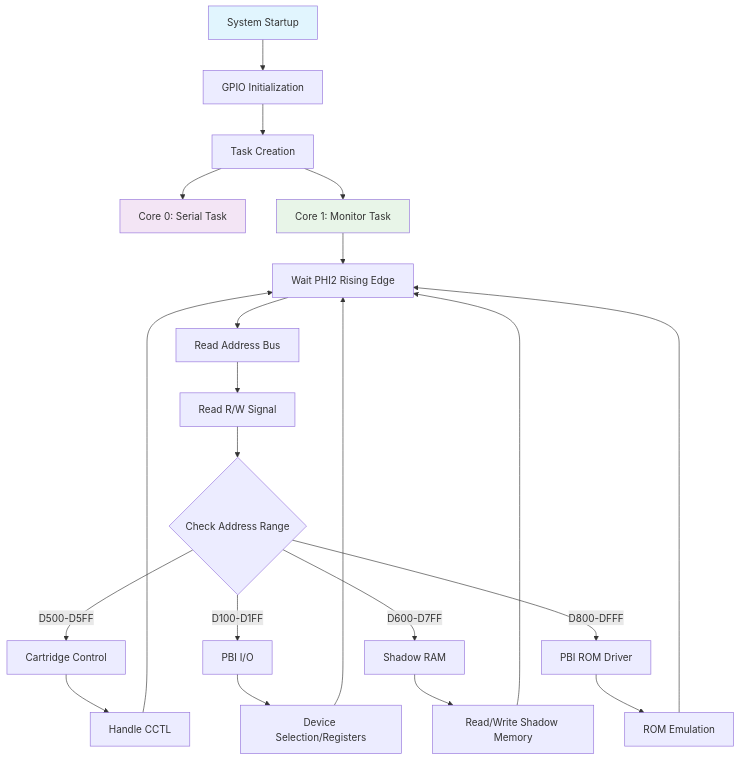
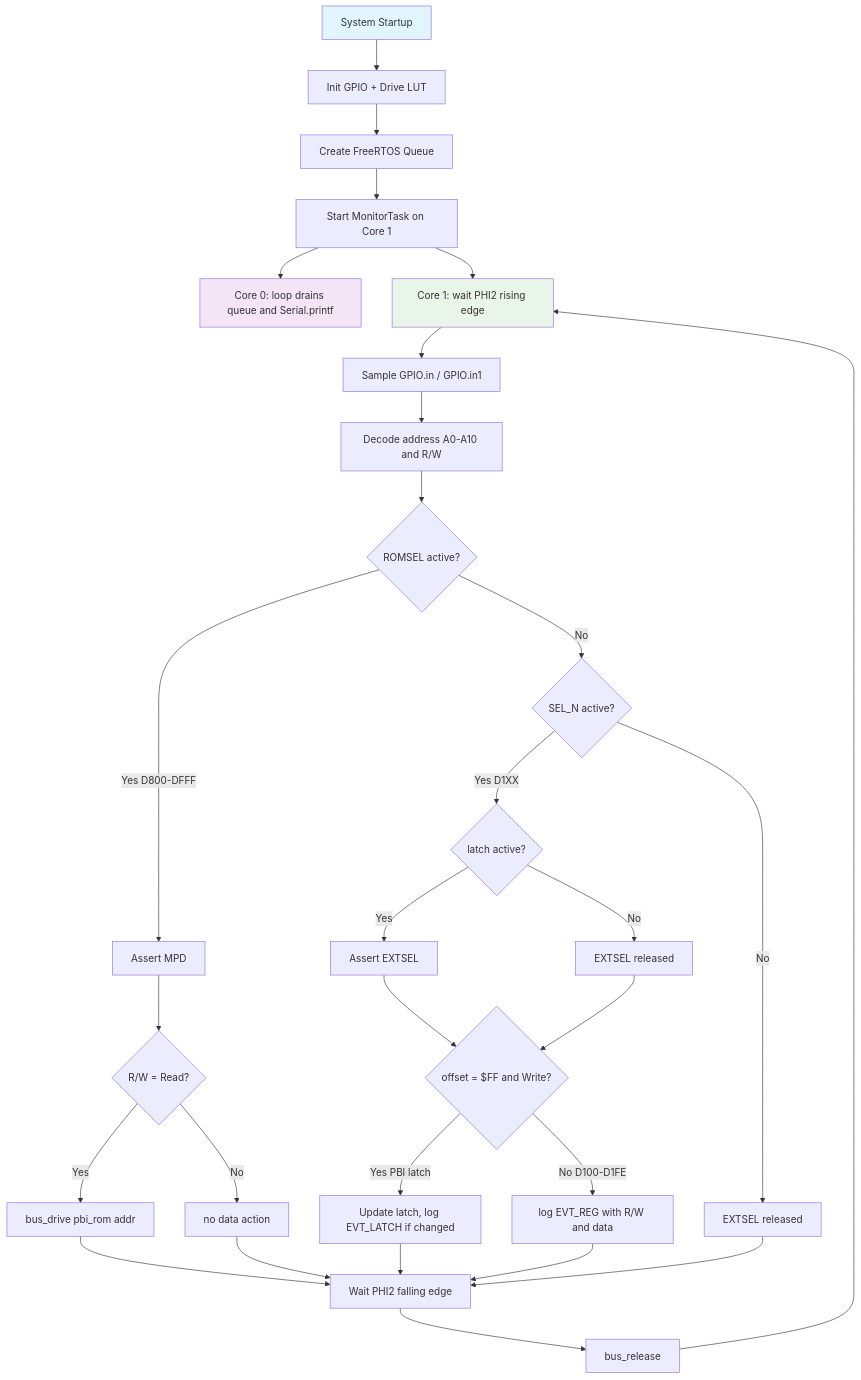
Before and after one commit to gianlucarenzi/ESP32-BOBOARD-5V: the second of 4 diagrams in README_EN.md, drawn with Mermaid. The commit also changed other lines of this file and 2 other files, not shown here.

First line of the commit message:
feat: add FreeRTOS log queue with microsecond timestamps

````diff
--- a/README_EN.md
+++ b/README_EN.md
@@ -328,31 +330,39 @@
 ```mermaid
 flowchart TD
-    A[System Startup] --> B[GPIO Initialization]
-    B --> C[Task Creation]
-    C --> D[Core 0: Serial Task]
-    C --> E[Core 1: Monitor Task]
-    
-    E --> F[Wait PHI2 Rising Edge]
-    F --> G[Read Address Bus]
-    G --> H[Read R/W Signal]
-    H --> I{Check Address Range}
-    
-    I -->|"D500-D5FF"| J[Cartridge Control]
-    I -->|"D100-D1FF"| K[PBI I/O]
-    I -->|"D600-D7FF"| L[Shadow RAM]
-    I -->|"D800-DFFF"| M[PBI ROM Driver]
-    
-    J --> N[Handle CCTL]
-    K --> O[Device Selection/Registers]
-    L --> P[Read/Write Shadow Memory]
-    M --> Q[ROM Emulation]
-    
-    N --> F
-    O --> F
-    P --> F
-    Q --> F
-    
+    A[System Startup] --> B[Init GPIO + Drive LUT]
+    B --> C[Create FreeRTOS Queue]
+    C --> D[Start MonitorTask on Core 1]
+    D --> E[Core 0: loop drains queue and Serial.printf]
+    D --> F[Core 1: wait PHI2 rising edge]
+
+    F --> G[Sample GPIO.in / GPIO.in1]
+    G --> H[Decode address A0-A10 and R/W]
+    H --> I{ROMSEL active?}
+
+    I -->|Yes D800-DFFF| J[Assert MPD]
+    J --> K{R/W = Read?}
+    K -->|Yes| L[bus_drive pbi_rom addr]
+    K -->|No| M[no data action]
+
+    I -->|No| N{SEL_N active?}
+    N -->|Yes D1XX| O{latch active?}
+    O -->|Yes| P[Assert EXTSEL]
+    O -->|No| Q[EXTSEL released]
+    P --> R{offset = $FF and Write?}
+    Q --> R
+    R -->|Yes PBI latch| S[Update latch, log EVT_LATCH if changed]
+    R -->|No D100-D1FE| T[log EVT_REG with R/W and data]
+    N -->|No| U[EXTSEL released]
+
+    L --> V[Wait PHI2 falling edge]
+    M --> V
+    S --> V
+    T --> V
+    U --> V
+    V --> W[bus_release]
+    W --> F
+
     style A fill:#e1f5fe
-    style D fill:#f3e5f5
-    style E fill:#e8f5e8
+    style E fill:#f3e5f5
+    style F fill:#e8f5e8
 ```
````
